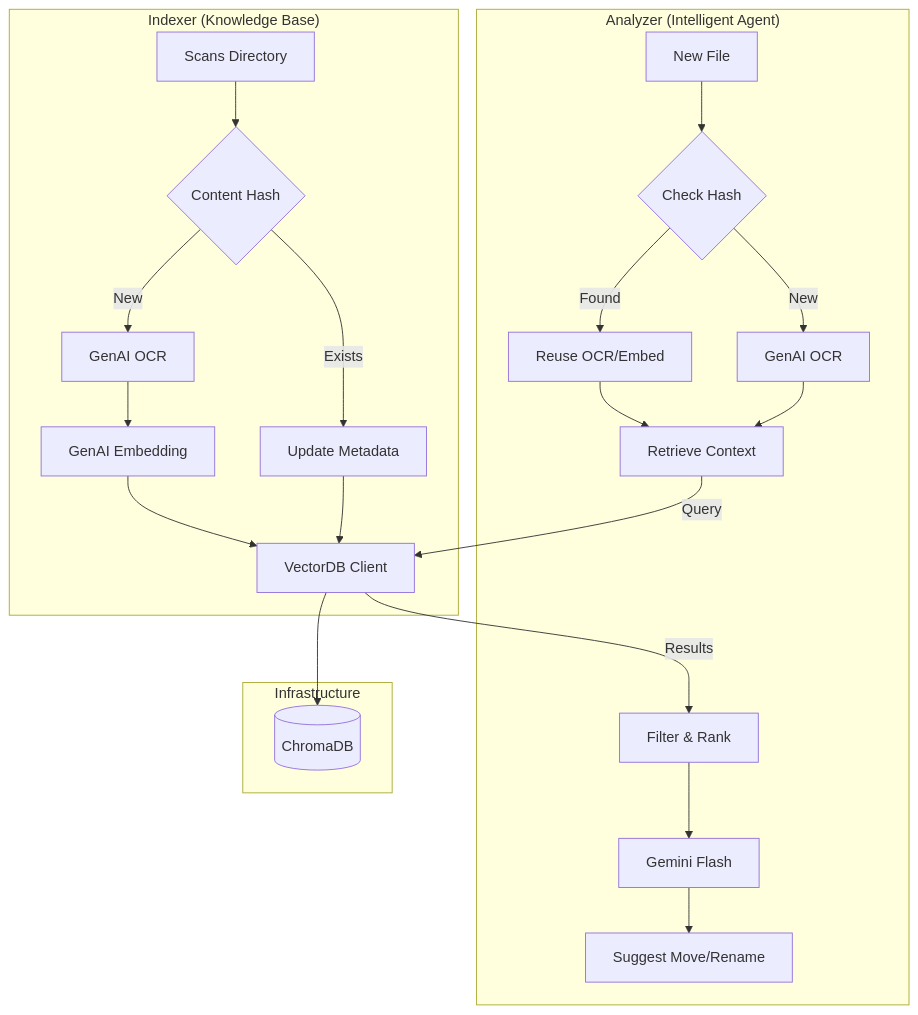
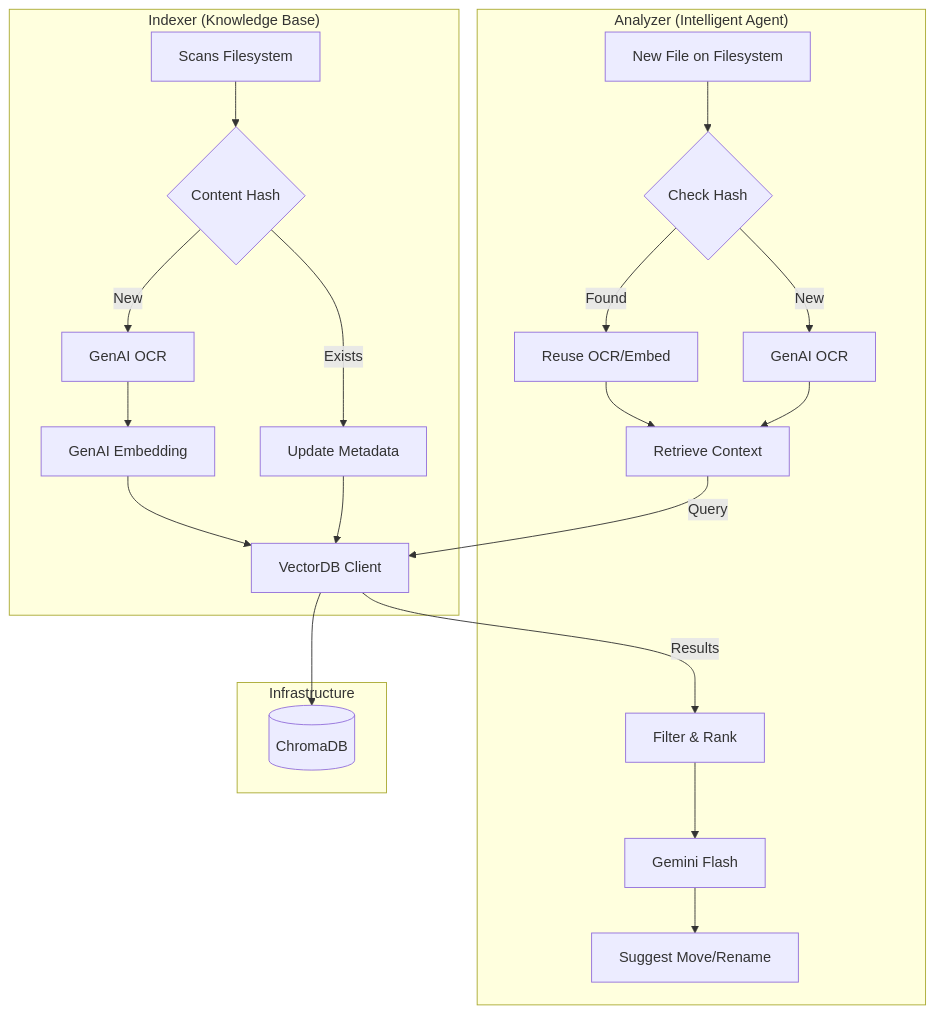
Before and after one commit to ucdmkt/pdf-organizer: the diagram in README.md, drawn with Mermaid. The commit also changed other lines of this file, not shown here.

Commit message:
Docs: Clarify filesystem usage in architecture

````diff
--- a/README.md
+++ b/README.md
@@ -49,29 +49,29 @@
 ```mermaid
 graph TD
     subgraph Indexer ["Indexer (Knowledge Base)"]
-        I_Scan[Scans Directory] --> I_Hash{Content Hash}
+        I_Scan[Scans Filesystem] --> I_Hash{Content Hash}
         I_Hash -- New --> I_OCR[GenAI OCR]
         I_Hash -- Exists --> I_Meta[Update Metadata]
         I_OCR --> I_Embed[GenAI Embedding]
 
         I_Embed --> V_Client[VectorDB Client]
         I_Meta --> V_Client
     end
 
     subgraph Analyzer ["Analyzer (Intelligent Agent)"]
-        A_Input[New File] --> A_Hash{Check Hash}
+        A_Input[New File on Filesystem] --> A_Hash{Check Hash}
         A_Hash -- Found --> A_Reuse[Reuse OCR/Embed]
         A_Hash -- New --> A_OCR[GenAI OCR]
         A_Reuse --> A_Context[Retrieve Context]
         A_OCR --> A_Context
         A_Context -- Query --> V_Client
 
         V_Client -- Results --> A_Filter[Filter & Rank]
         A_Filter --> A_LLM[Gemini Flash]
         A_LLM --> A_Action[Suggest Move/Rename]
     end
 
     subgraph Infrastructure
         V_Client --> I_DB[(ChromaDB)]
     end
 ```
````
